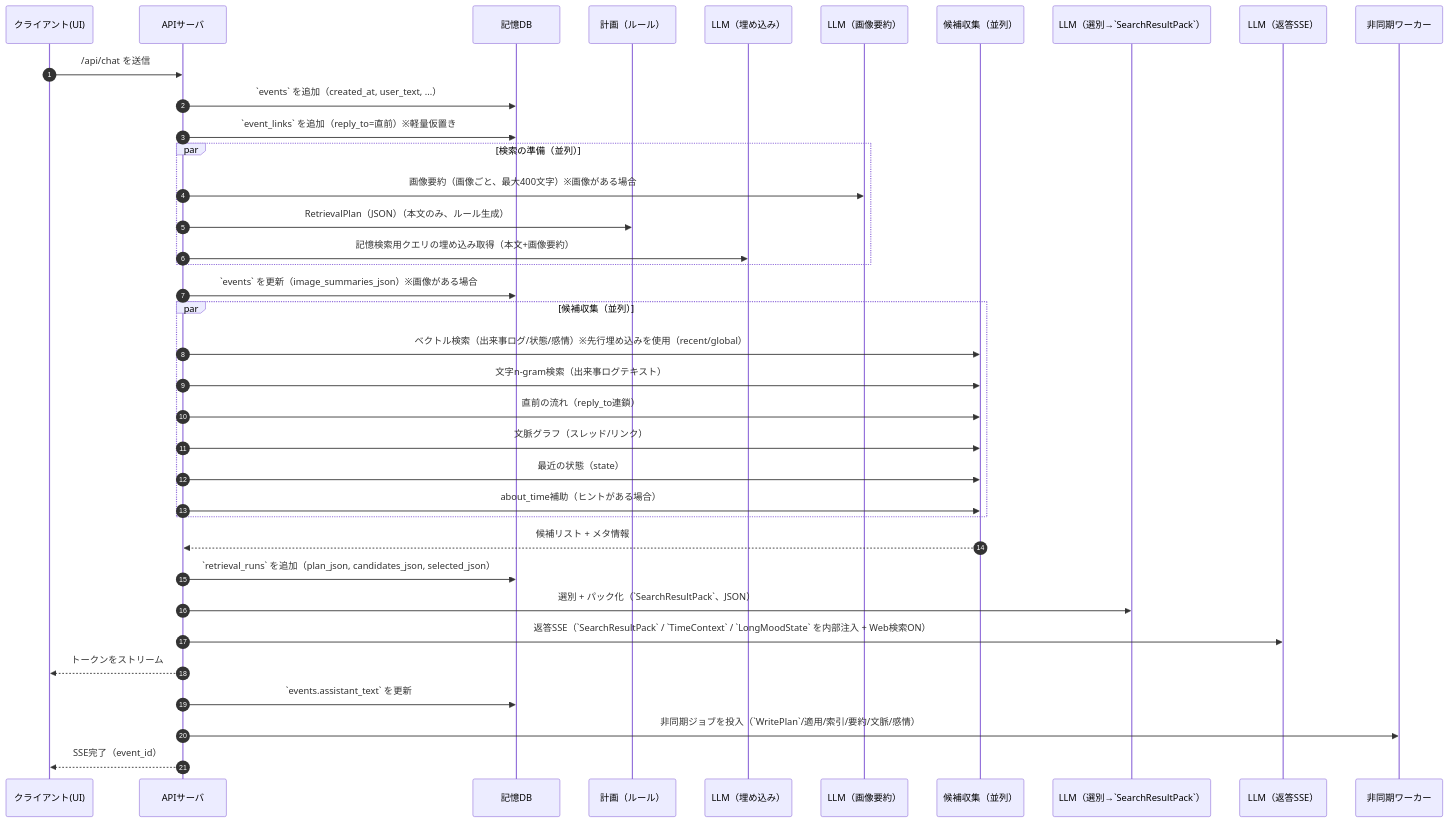
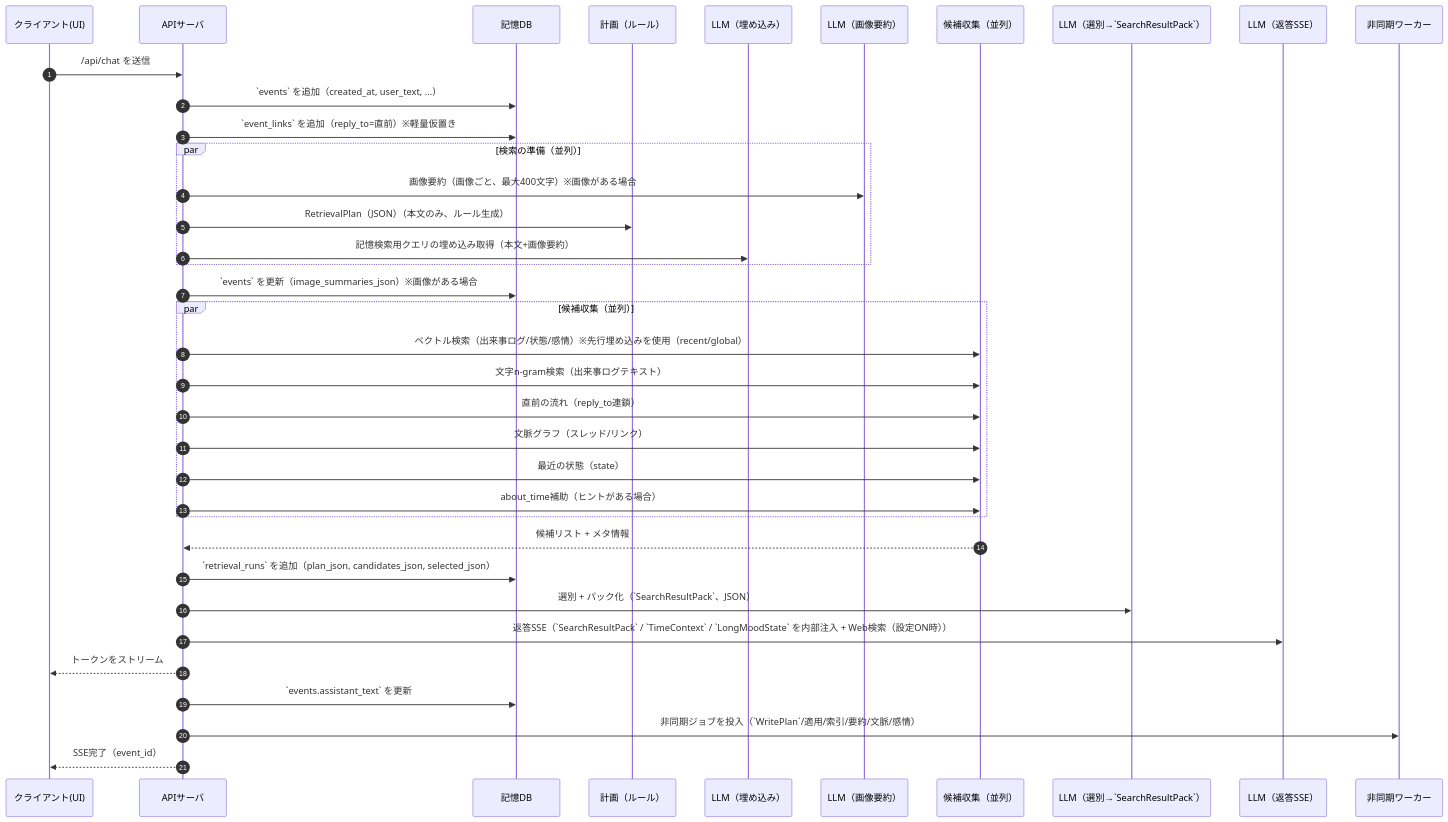
Before and after one commit to hirona98/CocoroGhost: the diagram in docs/10_実行フロー.md, drawn with Mermaid. The commit also changed other lines of this file and 9 other files, not shown here.

````diff
--- a/docs/10_実行フロー.md
+++ b/docs/10_実行フロー.md
@@ -21,40 +21,40 @@
 ```mermaid
 sequenceDiagram
 	  autonumber
 	  participant UI as クライアント(UI)
 	  participant API as APIサーバ
 	  participant DB as 記憶DB
 	  participant P as 計画（ルール）
 	  participant L0 as LLM（埋め込み）
 	  participant Limg as LLM（画像要約）
 	  participant G as 候補収集（並列）
 	  participant L2 as LLM（選別→`SearchResultPack`）
 	  participant L3 as LLM（返答SSE）
 	  participant W as 非同期ワーカー
 
 	  UI->>API: /api/chat を送信
 	  API->>DB: `events` を追加（created_at, user_text, ...）
 	  API->>DB: `event_links` を追加（reply_to=直前）※軽量仮置き
 	  par 検索の準備（並列）
 	    API->>Limg: 画像要約（画像ごと、最大400文字）※画像がある場合
 	    API->>P: RetrievalPlan（JSON）（本文のみ、ルール生成）
 	    API->>L0: 記憶検索用クエリの埋め込み取得（本文+画像要約）
 	  end
 	  API->>DB: `events` を更新（image_summaries_json）※画像がある場合
 	  par 候補収集（並列）
 	    API->>G: ベクトル検索（出来事ログ/状態/感情）※先行埋め込みを使用（recent/global）
 	    API->>G: 文字n-gram検索（出来事ログテキスト）
 	    API->>G: 直前の流れ（reply_to連鎖）
 	    API->>G: 文脈グラフ（スレッド/リンク）
 	    API->>G: 最近の状態（state）
 	    API->>G: about_time補助（ヒントがある場合）
 	  end
   G-->>API: 候補リスト + メタ情報
   API->>DB: `retrieval_runs` を追加（plan_json, candidates_json, selected_json）
 	  API->>L2: 選別 + パック化（`SearchResultPack`、JSON）
-	  API->>L3: 返答SSE（`SearchResultPack` / `TimeContext` / `LongMoodState` を内部注入 + Web検索ON）
+	  API->>L3: 返答SSE（`SearchResultPack` / `TimeContext` / `LongMoodState` を内部注入 + Web検索（設定ON時））
 	  API-->>UI: トークンをストリーム
 	  API->>DB: `events.assistant_text` を更新
 	  API->>W: 非同期ジョブを投入（`WritePlan`/適用/索引/要約/文脈/感情）
 	  API-->>UI: SSE完了（event_id）
 ```
````
